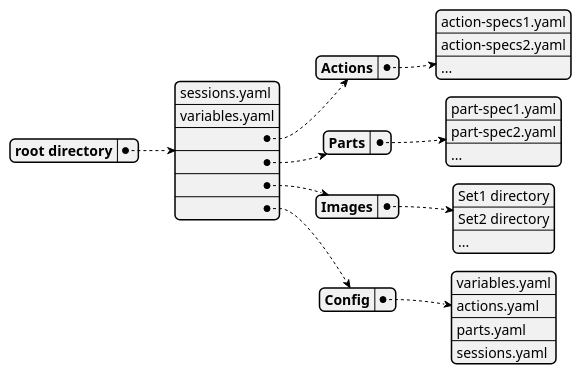
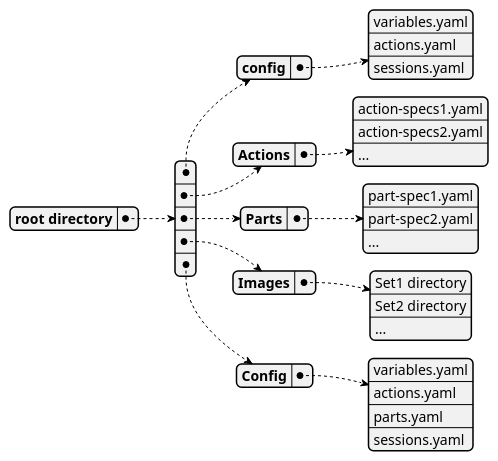
One commit to MARTIMM/SessionManager changed the first of 5 diagrams in doc/session-manager.md. Above: the diagram before and after it, drawn with PlantUML. The commit also changed other lines of this file, not shown here.

````diff
--- a/doc/session-manager.md
+++ b/doc/session-manager.md
@@ -57,24 +57,26 @@
   ```plantuml
   @startyaml
   root directory:
-    - sessions.yaml
-    - variables.yaml
+    - config:
+      - variables.yaml
+      - actions.yaml
+      - sessions.yaml
     - Actions:
       - action-specs1.yaml
       - action-specs2.yaml
       - ...
     - Parts:
       - part-spec1.yaml
       - part-spec2.yaml
       - ...
     - Images:
       - Set1 directory
       - Set2 directory
       - ...
     - Config:
       - variables.yaml
       - actions.yaml
       - parts.yaml
       - sessions.yaml
   @endyaml
   ```
````
